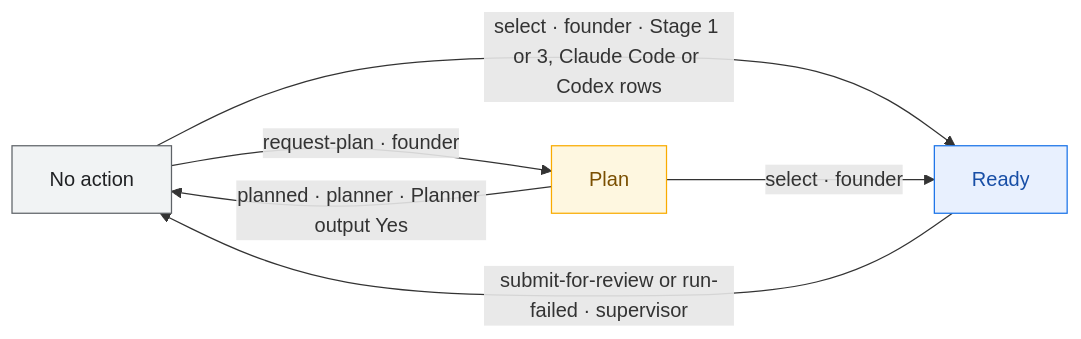
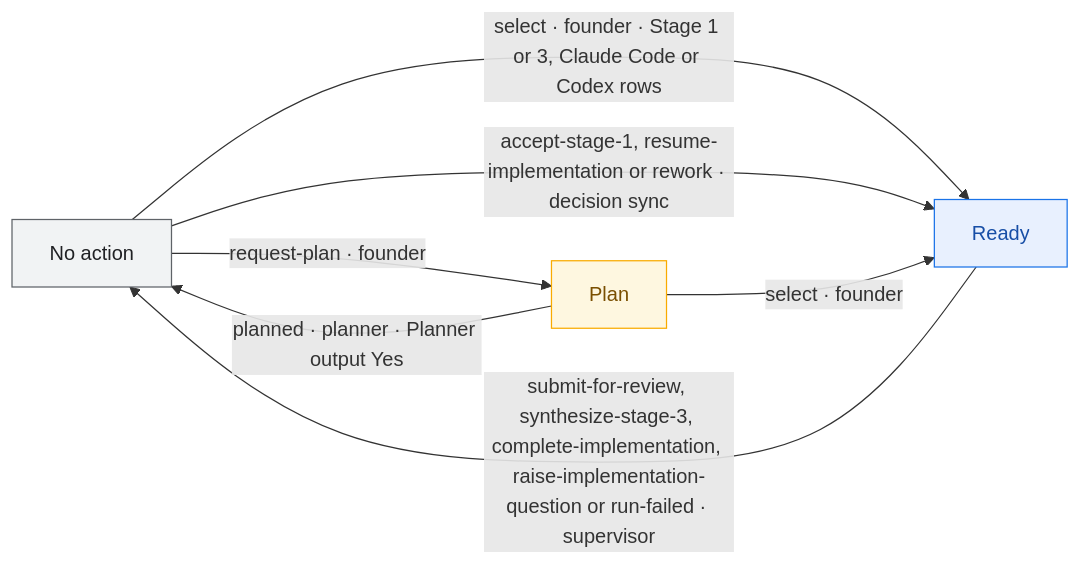
Before and after one commit to Welladino/Horology: the third of 3 diagrams in docs/architecture/subscription-agents/workflow.md, drawn with Mermaid. The commit also changed other lines of this file and 9 other files, not shown here.

````diff
--- a/docs/architecture/subscription-agents/workflow.md
+++ b/docs/architecture/subscription-agents/workflow.md
@@ -74,18 +125,19 @@
 ```mermaid
 flowchart LR
   noaction["No action"]
   plan["Plan"]
   ready["Ready"]
   noaction -- "request-plan · founder" --> plan
   plan -- "planned · planner · Planner output Yes" --> noaction
   noaction -- "select · founder · Stage 1 or 3, Claude Code or Codex rows" --> ready
+  noaction -- "accept-stage-1, resume-implementation or rework · decision sync" --> ready
   plan -- "select · founder" --> ready
-  ready -- "submit-for-review or run-failed · supervisor" --> noaction
+  ready -- "submit-for-review, synthesize-stage-3, complete-implementation, raise-implementation-question or run-failed · supervisor" --> noaction
 
   classDef inactive fill:#f1f3f4,stroke:#5f6368,color:#202124
   classDef planning fill:#fef7e0,stroke:#f9ab00,color:#7a4f01
   classDef selected fill:#e8f0fe,stroke:#1a73e8,color:#174ea6
   class noaction inactive
   class plan planning
   class ready selected
 ```
````
